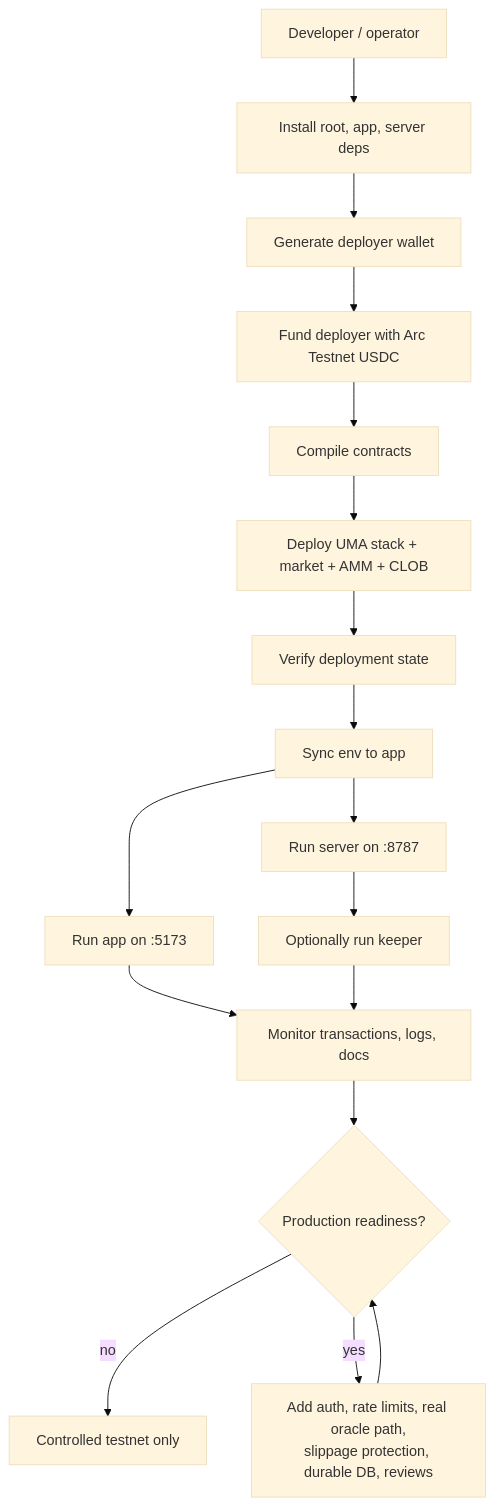
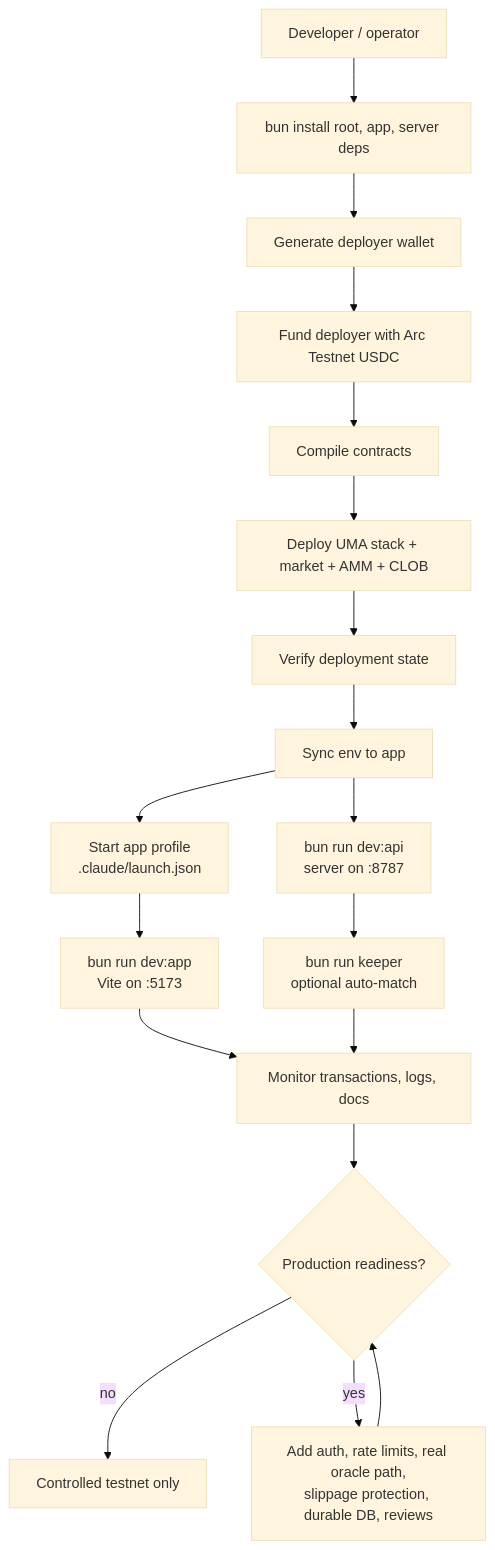
One commit to Kirashchuk/Predict-Edge changed the seventh of 8 diagrams in docs/business-processes-ascii-mermaid.md. Above: the diagram before and after it, drawn with Mermaid (base theme). The commit also changed other lines of this file and 2 other files, not shown here.

Commit message:
Update Mermaid docs

````diff
--- a/docs/business-processes-ascii-mermaid.md
+++ b/docs/business-processes-ascii-mermaid.md
@@ -271,35 +273,37 @@
 ```mermaid
 flowchart TB
     Dev["Developer / operator"]
-    Install["Install root, app, server deps"]
+    Install["bun install root, app, server deps"]
     Wallet["Generate deployer wallet"]
     Fund["Fund deployer with Arc Testnet USDC"]
     Compile["Compile contracts"]
     Deploy["Deploy UMA stack + market + AMM + CLOB"]
     Verify["Verify deployment state"]
     Sync["Sync env to app"]
-    RunApi["Run server on :8787"]
-    RunApp["Run app on :5173"]
-    Keeper["Optionally run keeper"]
+    RunApi["bun run dev:api<br/>server on :8787"]
+    LaunchConfig["Start app profile<br/>.claude/launch.json"]
+    RunApp["bun run dev:app<br/>Vite on :5173"]
+    Keeper["bun run keeper<br/>optional auto-match"]
     Monitor["Monitor transactions, logs, docs"]
     ProductionGate{"Production readiness?"}
     ControlledTestnet["Controlled testnet only"]
     Harden["Add auth, rate limits, real oracle path,<br/>slippage protection, durable DB, reviews"]
 
     Dev --> Install
     Install --> Wallet
     Wallet --> Fund
     Fund --> Compile
     Compile --> Deploy
     Deploy --> Verify
     Verify --> Sync
     Sync --> RunApi
-    Sync --> RunApp
+    Sync --> LaunchConfig
+    LaunchConfig --> RunApp
     RunApi --> Keeper
     RunApp --> Monitor
     Keeper --> Monitor
     Monitor --> ProductionGate
     ProductionGate -->|no| ControlledTestnet
     ProductionGate -->|yes| Harden
     Harden --> ProductionGate
 ```
````
